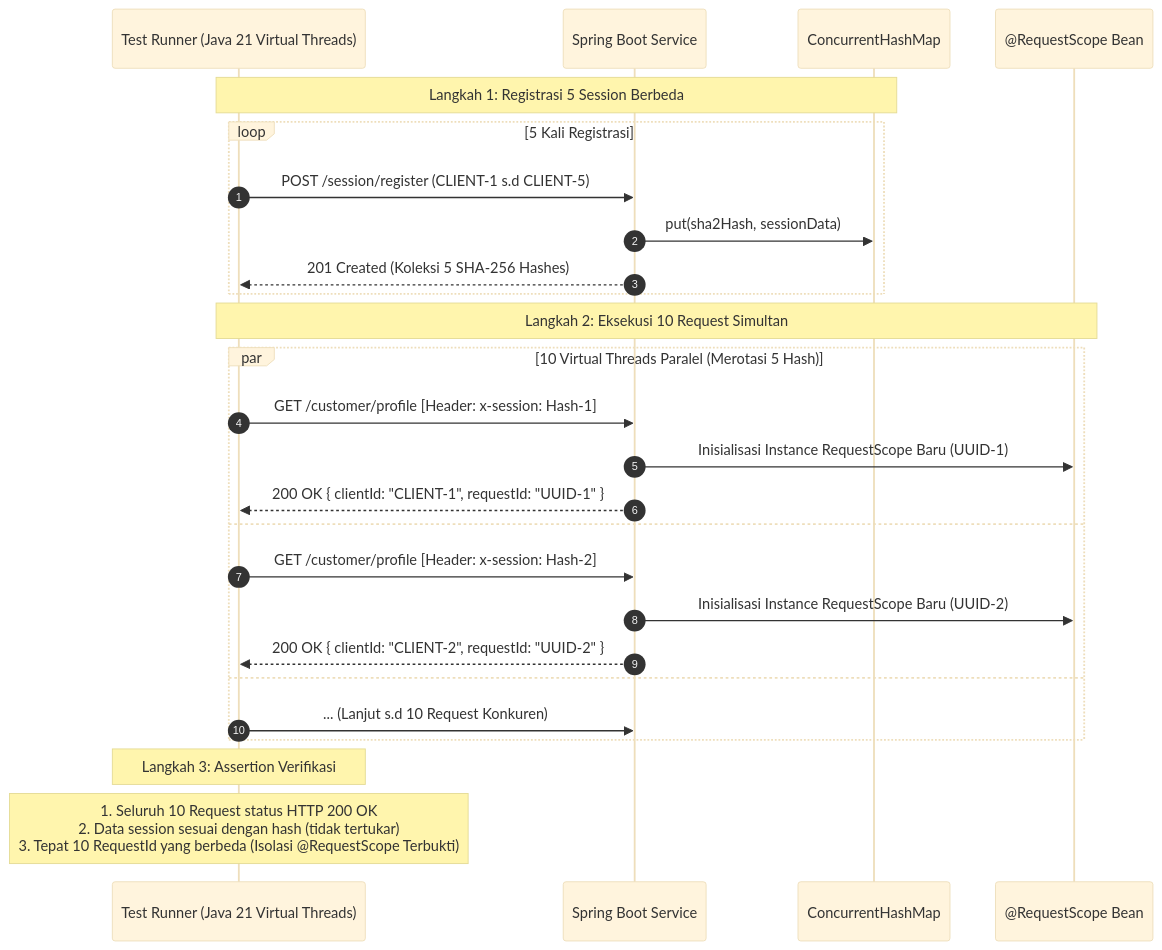
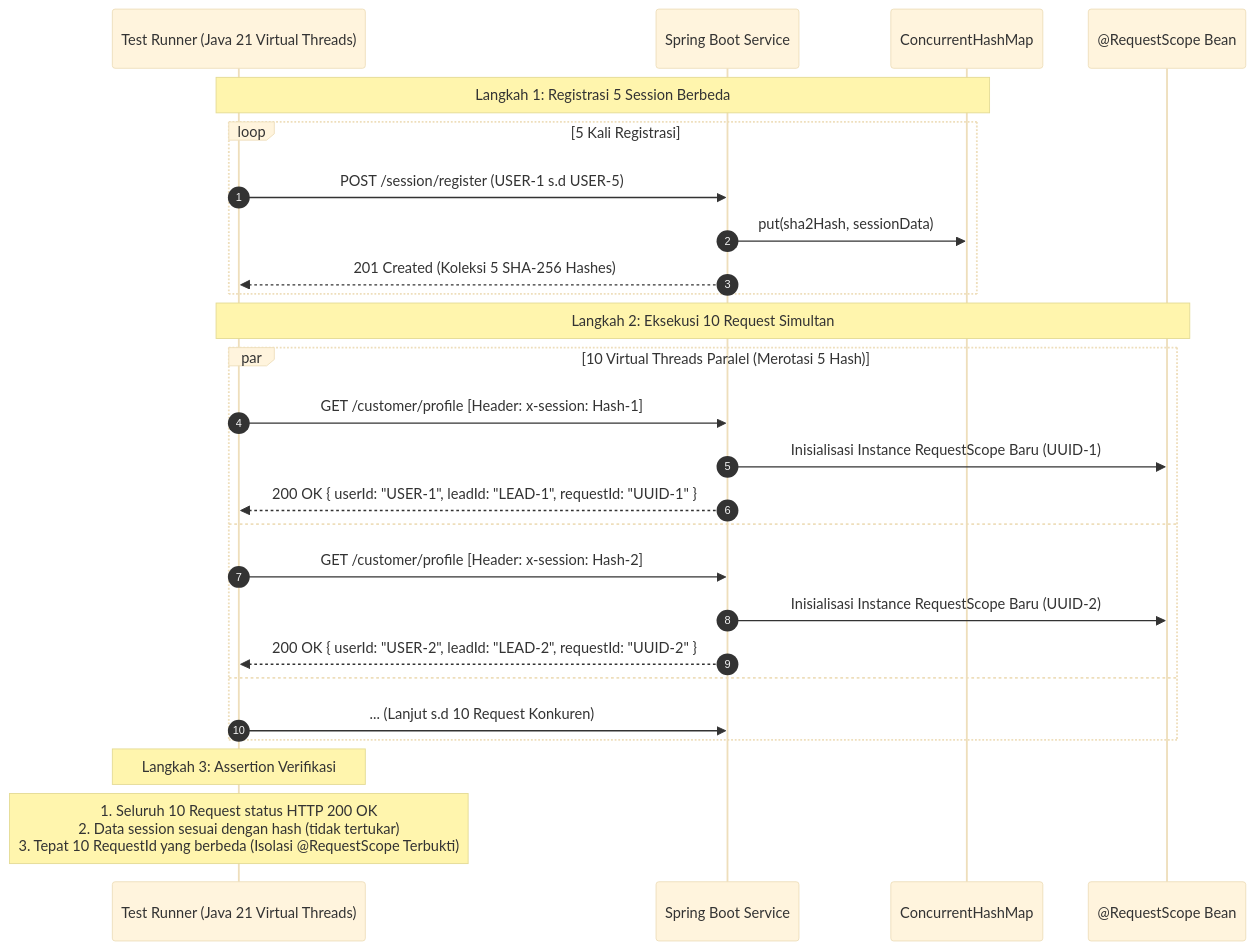
One commit to saifulhq/java-spring-boot-concurrenthashmap changed the diagram in docs/TEST_PLAN.md. Above: the diagram before and after it, drawn with Mermaid (base theme). The commit also changed other lines of this file and 5 other files, not shown here.

Commit message:
docs: replace session payload fields with userId, leadId, and source

````diff
--- a/docs/TEST_PLAN.md
+++ b/docs/TEST_PLAN.md
@@ -25,31 +25,31 @@
 ```mermaid
 sequenceDiagram
     autonumber
     participant Runner as Test Runner (Java 21 Virtual Threads)
     participant App as Spring Boot Service
     participant Map as ConcurrentHashMap
     participant Scope as @RequestScope Bean
 
     Note over Runner, Map: Langkah 1: Registrasi 5 Session Berbeda
     loop 5 Kali Registrasi
-        Runner->>App: POST /session/register (CLIENT-1 s.d CLIENT-5)
+        Runner->>App: POST /session/register (USER-1 s.d USER-5)
         App->>Map: put(sha2Hash, sessionData)
         App-->>Runner: 201 Created (Koleksi 5 SHA-256 Hashes)
     end
 
     Note over Runner, Scope: Langkah 2: Eksekusi 10 Request Simultan
     par 10 Virtual Threads Paralel (Merotasi 5 Hash)
         Runner->>App: GET /customer/profile [Header: x-session: Hash-1]
         App->>Scope: Inisialisasi Instance RequestScope Baru (UUID-1)
-        App-->>Runner: 200 OK { clientId: "CLIENT-1", requestId: "UUID-1" }
+        App-->>Runner: 200 OK { userId: "USER-1", leadId: "LEAD-1", requestId: "UUID-1" }
     and
         Runner->>App: GET /customer/profile [Header: x-session: Hash-2]
         App->>Scope: Inisialisasi Instance RequestScope Baru (UUID-2)
-        App-->>Runner: 200 OK { clientId: "CLIENT-2", requestId: "UUID-2" }
+        App-->>Runner: 200 OK { userId: "USER-2", leadId: "LEAD-2", requestId: "UUID-2" }
     and
         Runner->>App: ... (Lanjut s.d 10 Request Konkuren)
     end
 
     Note over Runner: Langkah 3: Assertion Verifikasi
     Note over Runner: 1. Seluruh 10 Request status HTTP 200 OK<br/>2. Data session sesuai dengan hash (tidak tertukar)<br/>3. Tepat 10 RequestId yang berbeda (Isolasi @RequestScope Terbukti)
 ```
````
